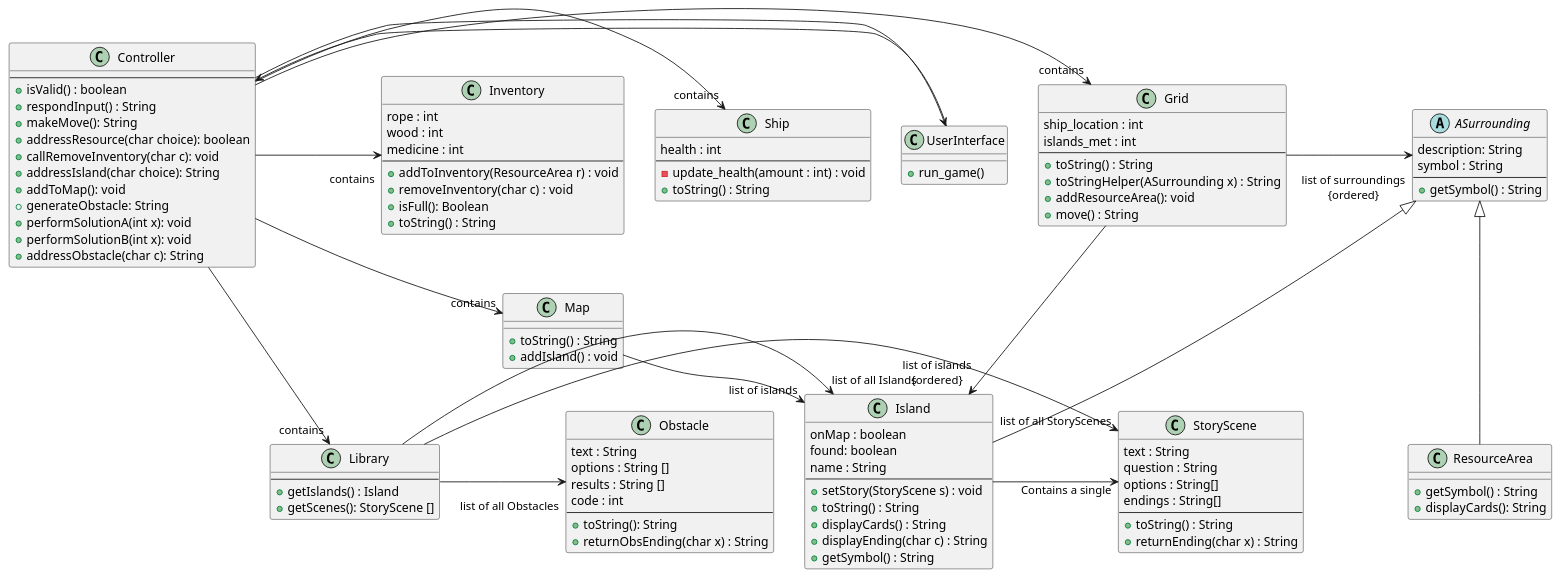
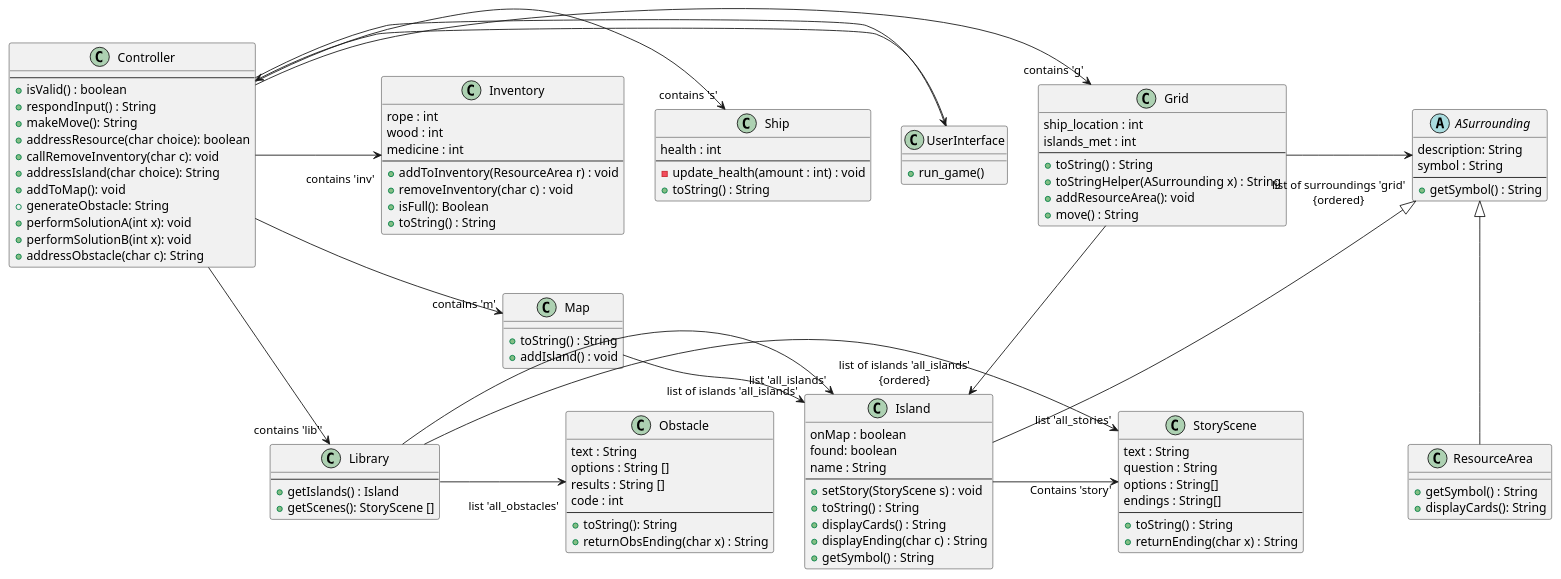
The first of 5 diagrams in CMPU_203_PirateGame/doc/design.md (emutchek/MaraudersAtSea), drawn with PlantUML before and after one commit. The commit also changed other lines of this file and 1 other file, not shown here.

Commit message:
applied design feedback from submission 2

```diff
--- a/CMPU_203_PirateGame/doc/design.md
+++ b/CMPU_203_PirateGame/doc/design.md
@@ -11,8 +11,8 @@
     +addResourceArea(): void
     +move() : String
 }
-Grid ->  "\nlist of surroundings\n{ordered}" ASurrounding : \t\t\t\t
-Grid -> "\nlist of islands\n{ordered}" Island : \t\t\t\t
+Grid ->  "\nlist of surroundings 'grid'\n{ordered}" ASurrounding : \t\t\t\t
+Grid -> "\nlist of islands 'all_islands'\n{ordered}" Island : \t\t\t\t
 
 abstract class ASurrounding {
     description: String
@@ -40,13 +40,13 @@
     +getSymbol() : String
 }
 
-Island -> "Contains a single" StoryScene : \t\t\t\t
+Island -> "Contains 'story'" StoryScene : \t\t\t\t
 
 class Map {
     +toString() : String
     +addIsland() : void 
 }
-Map ->  "\nlist of islands" Island : \t\t\t\t
+Map ->  "\nlist of islands 'all_islands'" Island : \t\t\t\t
 
 class StoryScene {
     text : String
@@ -92,9 +92,9 @@
     +getScenes(): StoryScene []
 }
 
-Library -> "\nlist of all StoryScenes" StoryScene : \t\t\t\t
-Library -> "\nlist of all Obstacles" Obstacle : \t\t\t\t
-Library -> "\nlist of all Islands" Island : \t\t\t\t
+Library -> "\nlist 'all_stories'" StoryScene : \t\t\t\t
+Library -> "\nlist 'all_obstacles'" Obstacle : \t\t\t\t
+Library -> "\nlist 'all_islands'" Island : \t\t\t\t
 
 class UserInterface {
     +run_game()
@@ -116,11 +116,11 @@
 }
 UserInterface -> Controller
 Controller -> UserInterface
-Controller -> "\ncontains" Library : \t\t\t\t
-Controller -> "\ncontains" Ship : \t\t\t\t
-Controller -> "\ncontains" Inventory : \t\t\t\t
-Controller -> "\ncontains" Map : \t\t\t\t
-Controller -> "\ncontains" Grid : \t\t\t\t
+Controller -> "\ncontains 'lib''" Library : \t\t\t\t
+Controller -> "\ncontains 's'" Ship : \t\t\t\t
+Controller -> "\ncontains 'inv'" Inventory : \t\t\t\t
+Controller -> "\ncontains 'm'" Map : \t\t\t\t
+Controller -> "\ncontains 'g'" Grid : \t\t\t\t
 
 
 @enduml
```
